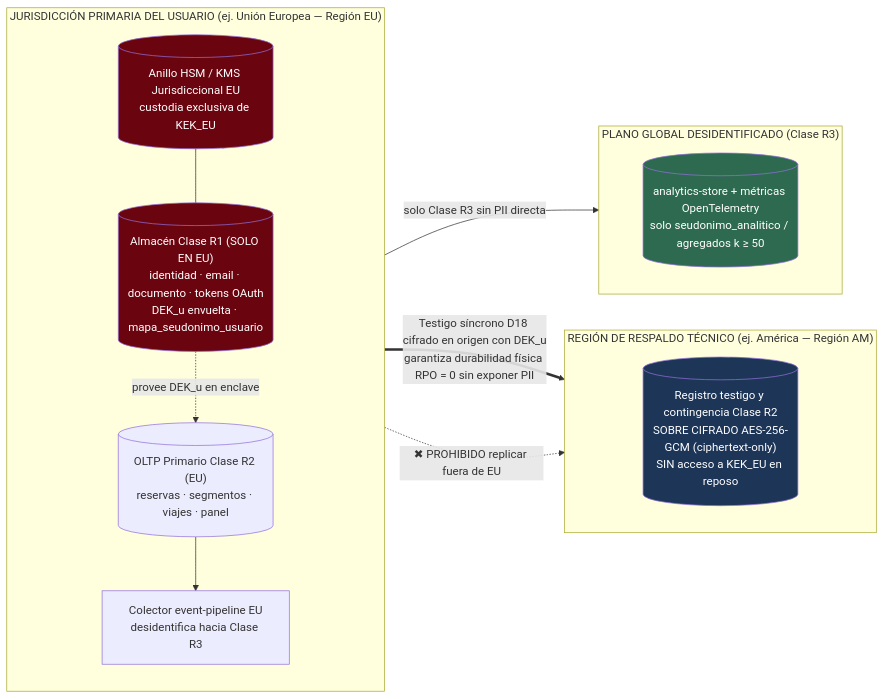
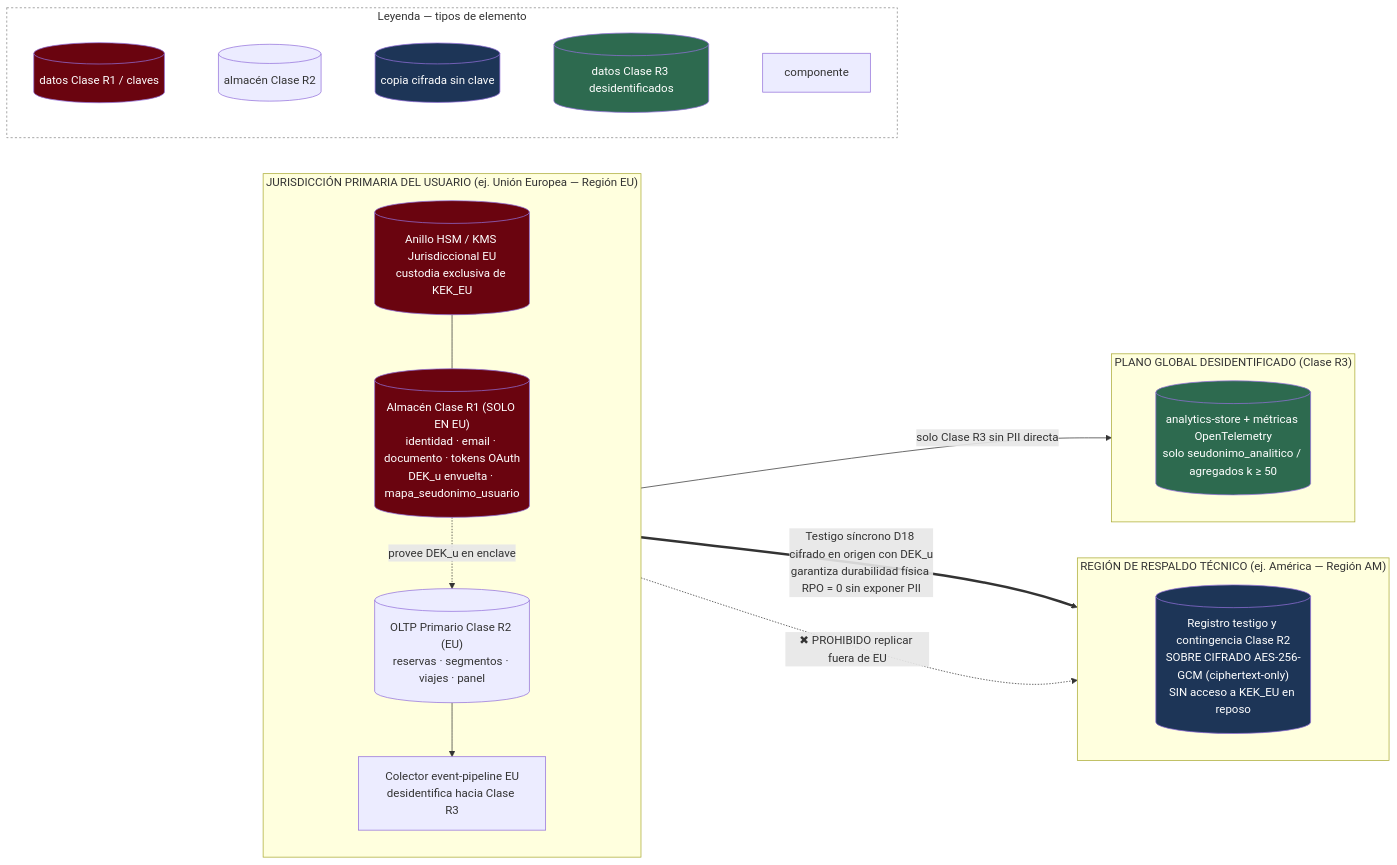
Before and after one commit to JereAguilar1/TPE-ing1: the second of 3 diagrams in docs/04-vistas/vista-seguridad-y-datos.md, drawn with Mermaid. The commit also changed other lines of this file and 50 other files, not shown here.

````diff
--- a/docs/04-vistas/vista-seguridad-y-datos.md
+++ b/docs/04-vistas/vista-seguridad-y-datos.md
@@ -103,32 +131,46 @@
 ```mermaid
 flowchart LR
     subgraph JUR_PRI["JURISDICCIÓN PRIMARIA DEL USUARIO (ej. Unión Europea — Región EU)"]
         direction TB
         KMS_EU[("Anillo HSM / KMS Jurisdiccional EU<br/>custodia exclusiva de KEK_EU")]
         R1_STORE[("Almacén Clase R1 (SOLO EN EU)<br/>identidad · email · documento · tokens OAuth<br/>DEK_u envuelta · mapa_seudonimo_usuario")]
         R2_PRI[("OLTP Primario Clase R2 (EU)<br/>reservas · segmentos · viajes · panel")]
         EP_EU["Colector event-pipeline EU<br/>desidentifica hacia Clase R3"]
         KMS_EU --- R1_STORE
         R1_STORE -.->|"provee DEK_u en enclave"| R2_PRI
         R2_PRI --> EP_EU
     end
 
     subgraph REG_BKP["REGIÓN DE RESPALDO TÉCNICO (ej. América — Región AM)"]
         direction TB
         WIT_CIPH[("Registro testigo y contingencia Clase R2<br/>SOBRE CIFRADO AES-256-GCM (ciphertext-only)<br/>SIN acceso a KEK_EU en reposo")]
     end
 
     subgraph GLOBAL_R3["PLANO GLOBAL DESIDENTIFICADO (Clase R3)"]
         direction TB
         AN_GLB[("analytics-store + métricas OpenTelemetry<br/>solo seudonimo_analitico / agregados k ≥ 50")]
     end
 
     R1_STORE -.->|"✖ PROHIBIDO replicar fuera de EU"| REG_BKP
     R2_PRI ==>|"Testigo síncrono D18 cifrado en origen con DEK_u<br/>garantiza durabilidad física RPO = 0 sin exponer PII"| WIT_CIPH
     EP_EU -->|"solo Clase R3 sin PII directa"| AN_GLB
 
     style KMS_EU fill:#6a040f,color:#fff
     style R1_STORE fill:#6a040f,color:#fff
     style WIT_CIPH fill:#1d3557,color:#fff
     style AN_GLB fill:#2d6a4f,color:#fff
+
+    subgraph LEYENDA["Leyenda — tipos de elemento"]
+        direction LR
+        LEY_R1[("datos Clase R1 / claves")]
+        LEY_R2[("almacén Clase R2")]
+        LEY_WIT[("copia cifrada sin clave")]
+        LEY_R3[("datos Clase R3 desidentificados")]
+        LEY_CMP["componente"]
+        LEY_R1 ~~~ LEY_R2 ~~~ LEY_WIT ~~~ LEY_R3 ~~~ LEY_CMP
+    end
+    style LEY_R1 fill:#6a040f,color:#fff
+    style LEY_WIT fill:#1d3557,color:#fff
+    style LEY_R3 fill:#2d6a4f,color:#fff
+    style LEYENDA fill:#ffffff,stroke:#888,stroke-dasharray: 3 3
 ```
````
